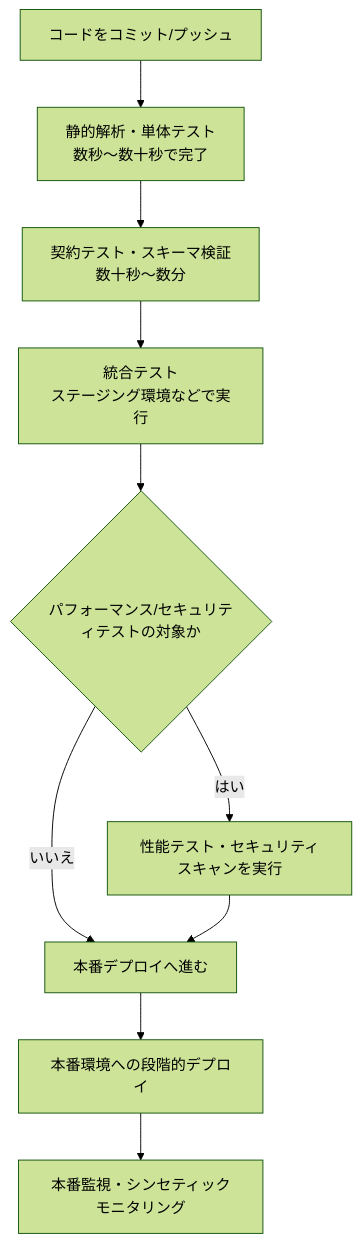
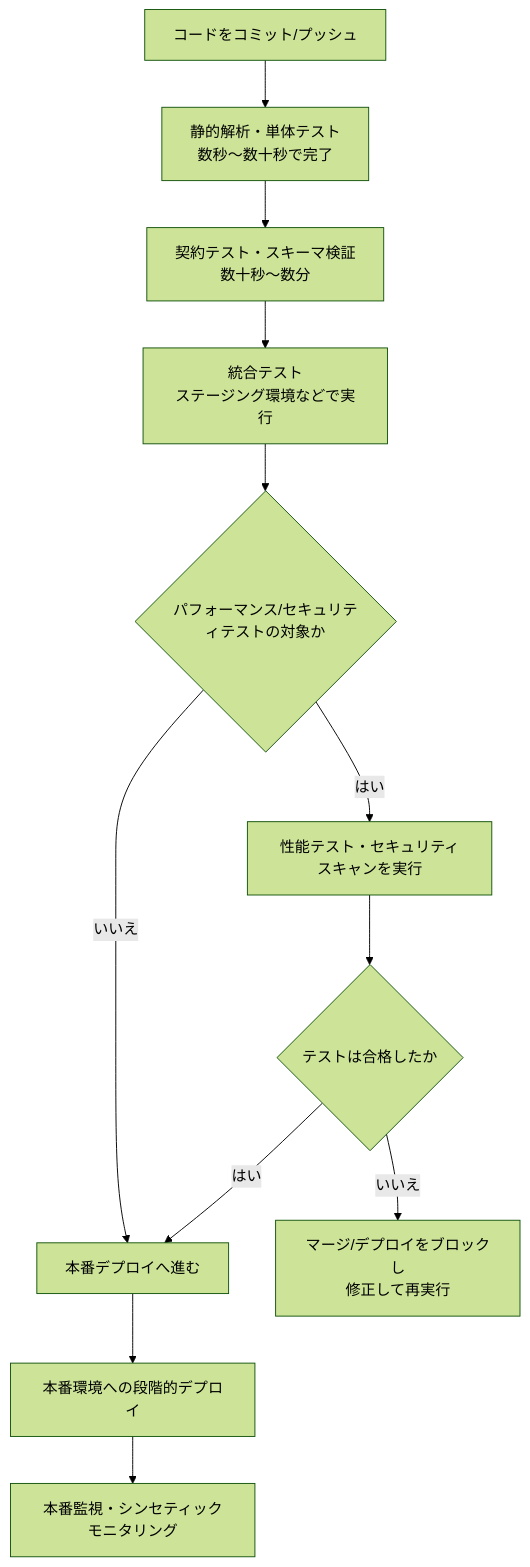
One commit to myoshi2891/Quality-Assurance-Studies changed the ninth of 10 diagrams in Testing-web-apis-guide.md. Above: the diagram before and after it, drawn with Mermaid (forest theme). The commit also changed other lines of this file, not shown here.

Commit message:
docs(web-apis): 401/403検証の分離・タイムアウト仕様の補足およびPact/CI図の更新

````diff
--- a/Testing-web-apis-guide.md
+++ b/Testing-web-apis-guide.md
@@ -414,12 +424,14 @@
 ```mermaid
 flowchart TD
     A["コードをコミット/プッシュ"] --> B["静的解析・単体テスト<br/>数秒〜数十秒で完了"]
     B --> C["契約テスト・スキーマ検証<br/>数十秒〜数分"]
     C --> D["統合テスト<br/>ステージング環境などで実行"]
     D --> E{"パフォーマンス/セキュリティテストの対象か"}
     E -- "はい" --> F["性能テスト・セキュリティスキャンを実行"]
     E -- "いいえ" --> G["本番デプロイへ進む"]
-    F --> G
+    F --> J{"テストは合格したか"}
+    J -- "はい" --> G
+    J -- "いいえ" --> K["マージ/デプロイをブロックし<br/>修正して再実行"]
     G --> H["本番環境への段階的デプロイ"]
     H --> I["本番監視・シンセティックモニタリング"]
 ```
````
